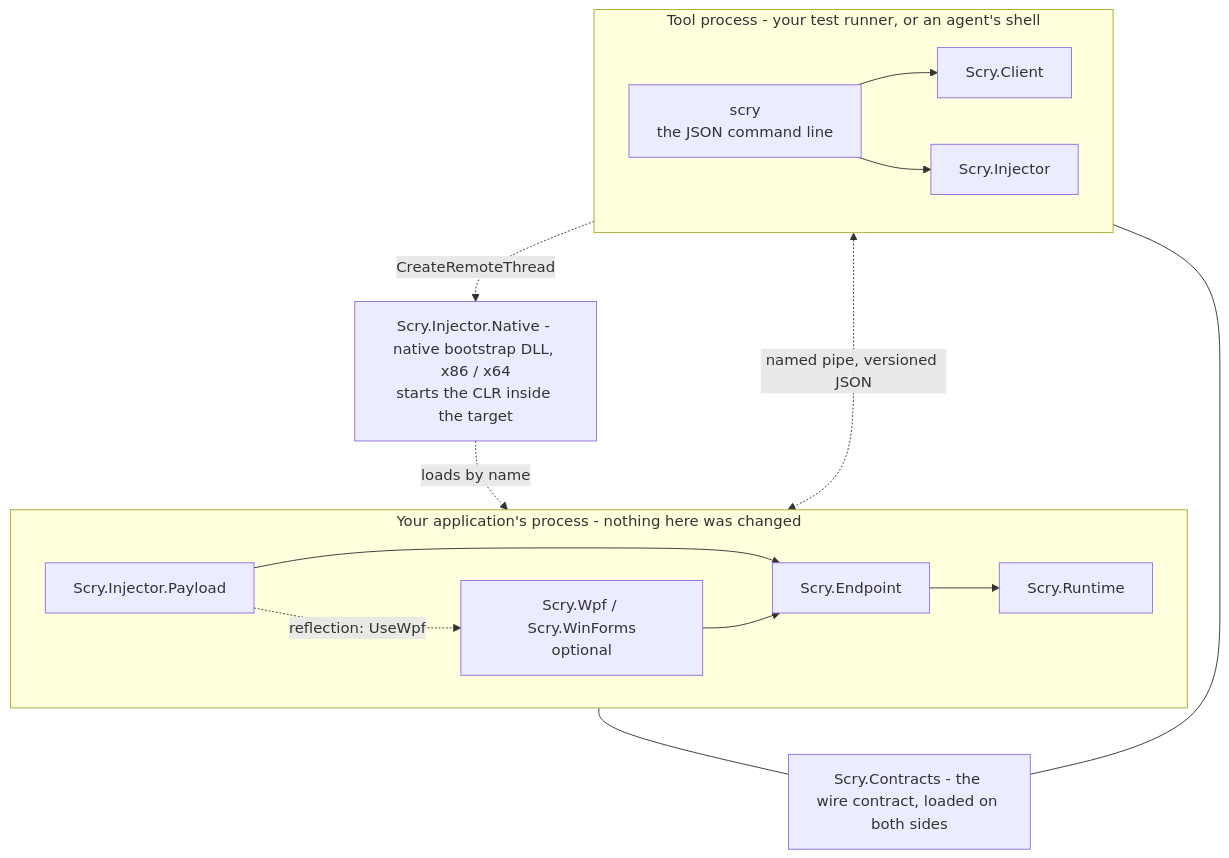
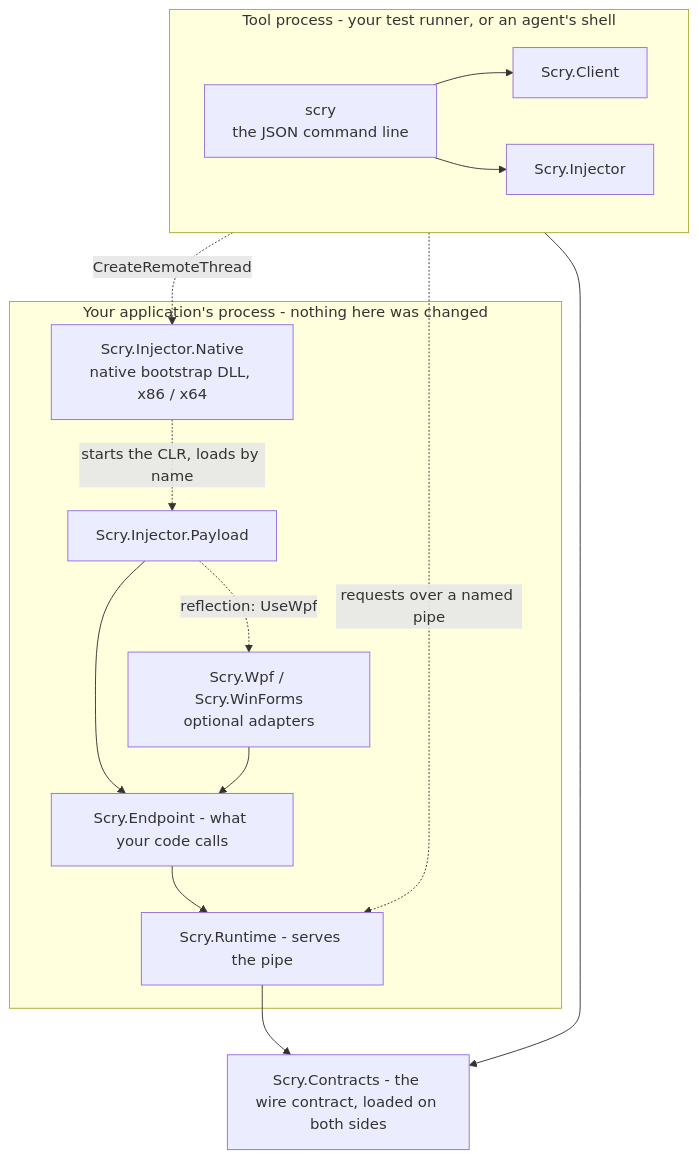
One commit to sdaliyot/Scry.NET changed the diagram in README.md. Above: the diagram before and after it, drawn with Mermaid. The commit also changed other lines of this file and 3 other files, not shown here.

````diff
--- a/README.md
+++ b/README.md
@@ -143,33 +176,31 @@
 ```mermaid
 flowchart TB
   subgraph tool["Tool process - your test runner, or an agent's shell"]
     direction LR
     cli["scry<br/>the JSON command line"]
     cl["Scry.Client"]
     inj["Scry.Injector"]
   end
 
-  native["Scry.Injector.Native - native bootstrap DLL, x86 / x64<br/>starts the CLR inside the target"]
-
   subgraph target["Your application's process - nothing here was changed"]
-    direction LR
+    native["Scry.Injector.Native<br/>native bootstrap DLL, x86 / x64"]
     pay["Scry.Injector.Payload"]
-    ep["Scry.Endpoint"]
-    rt["Scry.Runtime"]
-    ad["Scry.Wpf / Scry.WinForms<br/>optional"]
+    ad["Scry.Wpf / Scry.WinForms<br/>optional adapters"]
+    ep["Scry.Endpoint - what your code calls"]
+    rt["Scry.Runtime - serves the pipe"]
   end
 
   shared["Scry.Contracts - the wire contract, loaded on both sides"]
 
   cli --> cl
   cli --> inj
   inj -. "CreateRemoteThread" .-> native
-  native -. "loads by name" .-> pay
+  native -. "starts the CLR, loads by name" .-> pay
   pay -. "reflection: UseWpf" .-> ad
   pay --> ep
   ad --> ep
   ep --> rt
-  cl <-. "named pipe, versioned JSON" .-> rt
-  cl --- shared
-  rt --- shared
+  cl -. "requests over a named pipe" .-> rt
+  cl --> shared
+  rt --> shared
 ```
````
